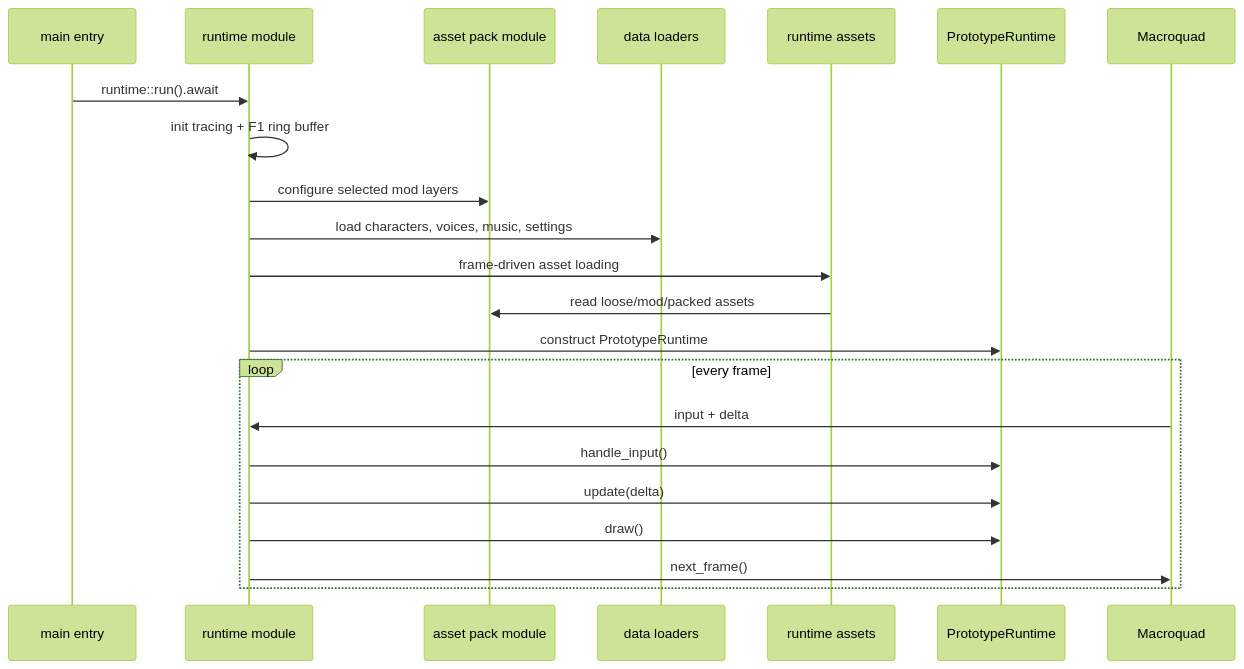
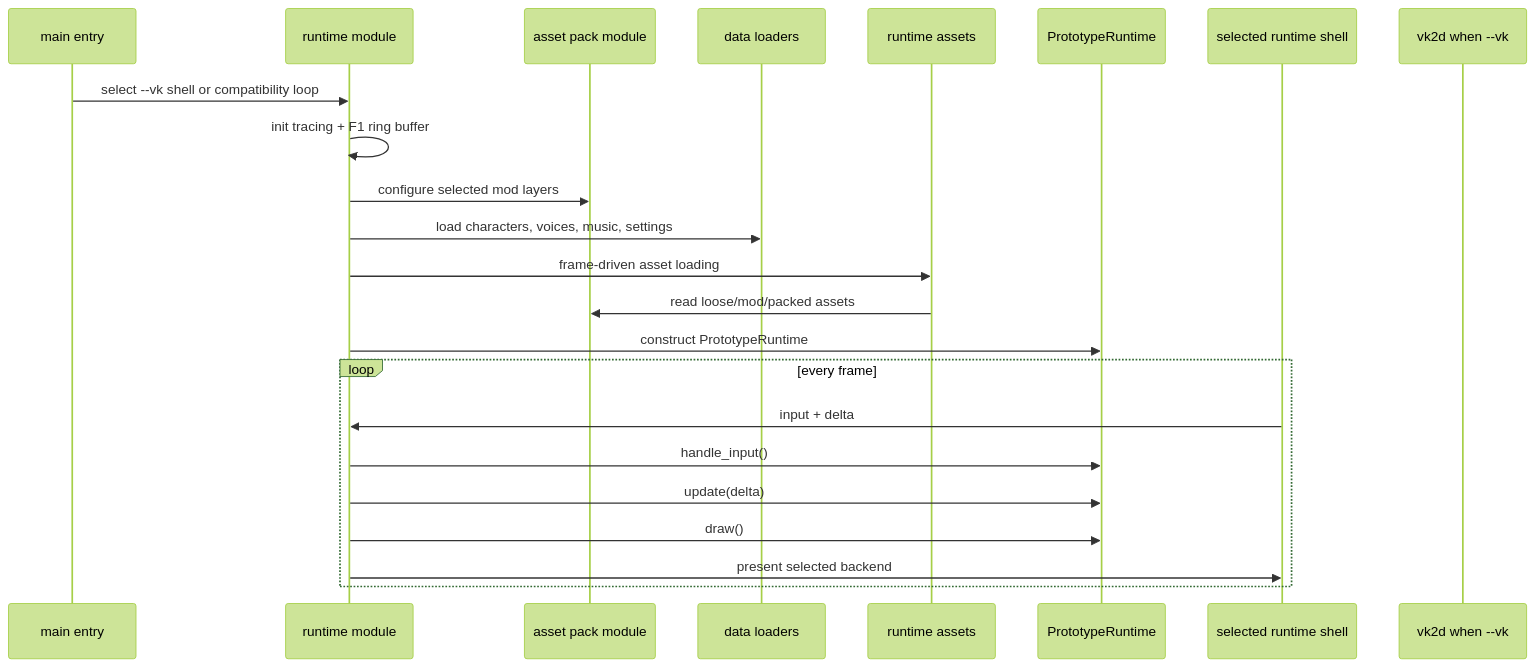
The first of 8 diagrams in src/content/docs/pages/architecture/inside-the-runtime.md (soulwax/EchoWiki), drawn with Mermaid (forest theme) before and after one commit. The commit also changed other lines of this file and 17 other files, not shown here.

````diff
--- a/src/content/docs/pages/architecture/inside-the-runtime.md
+++ b/src/content/docs/pages/architecture/inside-the-runtime.md
@@ -15,25 +15,26 @@
 ```mermaid
 sequenceDiagram
     participant Main as main entry
     participant Runtime as runtime module
     participant Pack as asset pack module
     participant Data as data loaders
     participant Loader as runtime assets
     participant Game as PrototypeRuntime
-    participant MQ as Macroquad
+    participant Shell as selected runtime shell
+    participant Vk as vk2d when --vk
 
-    Main->>Runtime: runtime::run().await
+    Main->>Runtime: select --vk shell or compatibility loop
     Runtime->>Runtime: init tracing + F1 ring buffer
     Runtime->>Pack: configure selected mod layers
     Runtime->>Data: load characters, voices, music, settings
     Runtime->>Loader: frame-driven asset loading
     Loader->>Pack: read loose/mod/packed assets
     Runtime->>Game: construct PrototypeRuntime
     loop every frame
-        MQ->>Runtime: input + delta
+        Shell->>Runtime: input + delta
         Runtime->>Game: handle_input()
         Runtime->>Game: update(delta)
         Runtime->>Game: draw()
-        Runtime->>MQ: next_frame()
+        Runtime->>Shell: present selected backend
     end
 ```
````
